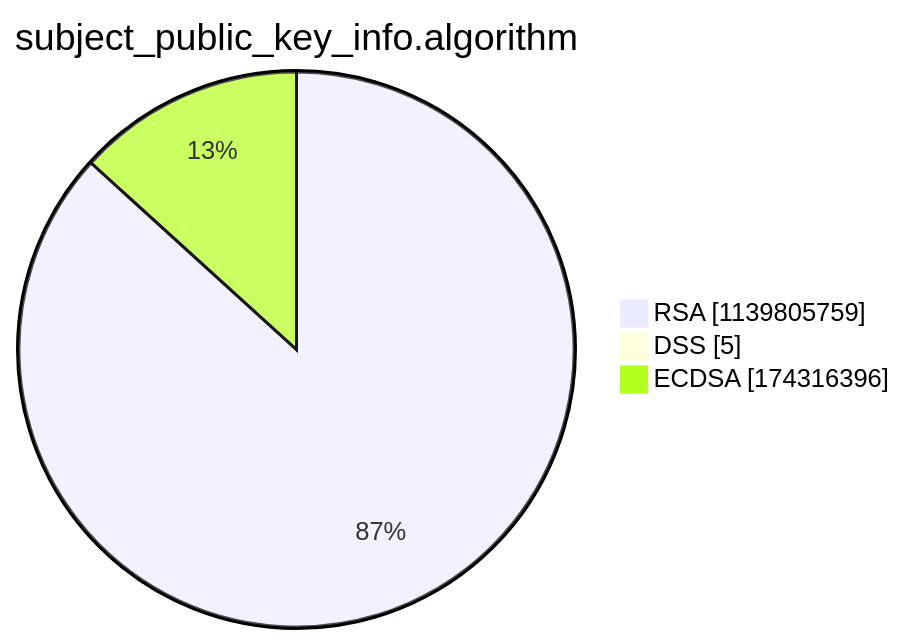
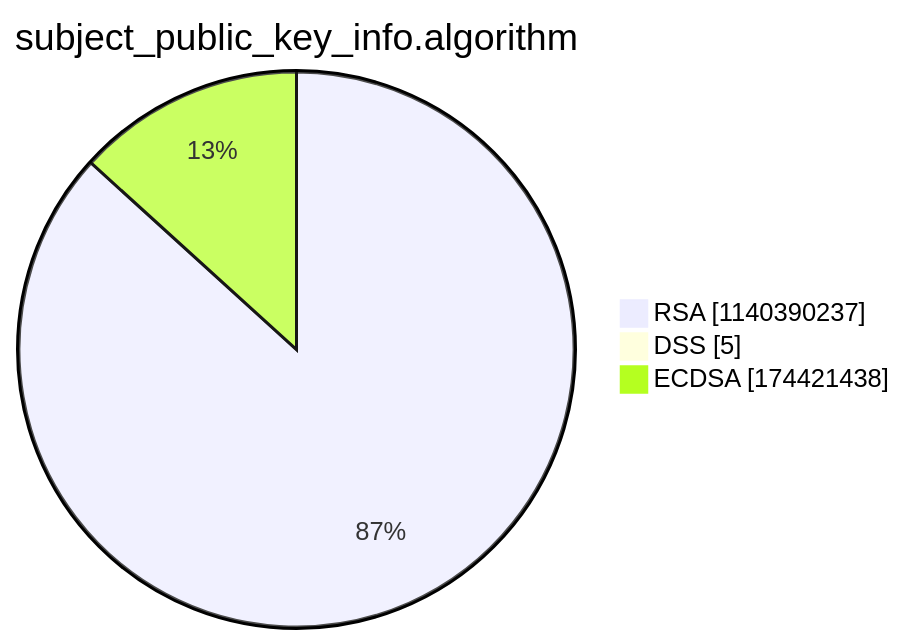
The third of 15 diagrams in argon2022/README.md (christiankrug/ctmonitor_visualization), drawn with Mermaid before and after one commit. The commit also changed other lines of this file, not shown here.

````diff
--- a/argon2022/README.md
+++ b/argon2022/README.md
@@ -14,7 +14,7 @@
 ```mermaid
 pie showData
 title subject_public_key_info.algorithm
-"RSA" :1139805759
+"RSA" :1140390237
 "DSS" :5
-"ECDSA" :174316396
+"ECDSA" :174421438
 ```
````
